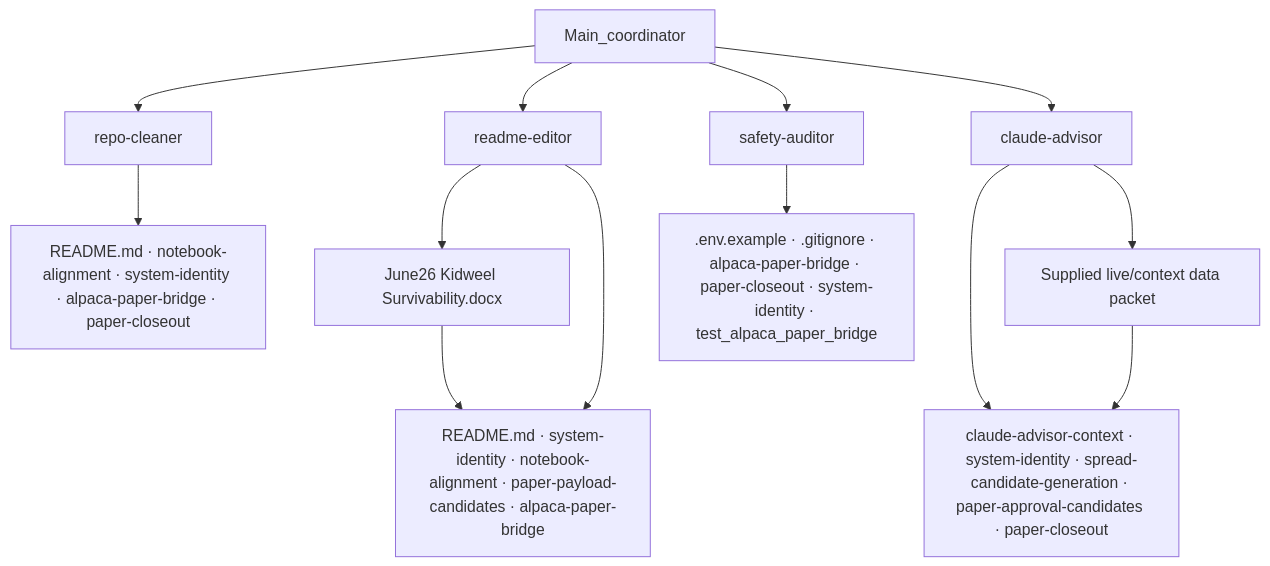
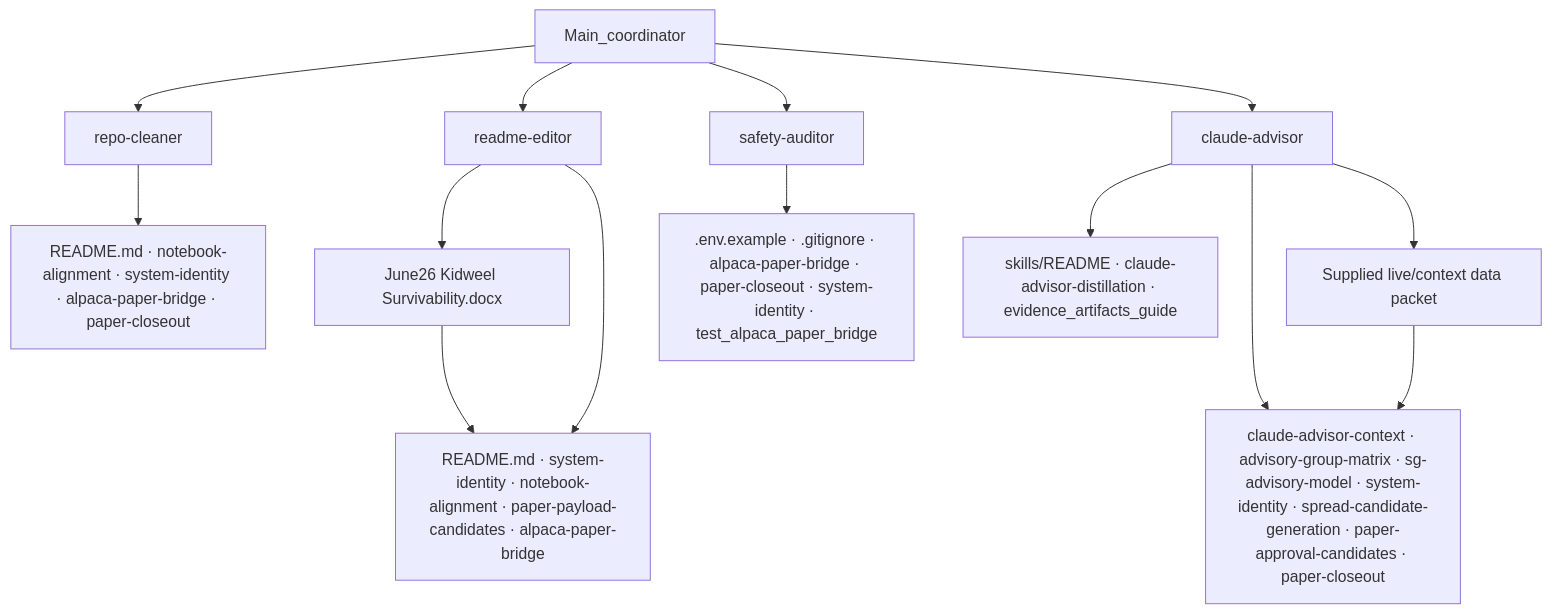
Before and after one commit to VadeOneBX/kidweel-capstone: the diagram in docs/subagency-proof.md, drawn with Mermaid. The commit also changed other lines of this file and 71 other files, not shown here.

````diff
--- a/docs/subagency-proof.md
+++ b/docs/subagency-proof.md
@@ -77,21 +77,22 @@
 ```mermaid
 flowchart TB
   coordinator[Main_coordinator]
 
   coordinator --> repo_cleaner[repo-cleaner]
   coordinator --> readme_editor[readme-editor]
   coordinator --> safety_auditor[safety-auditor]
   coordinator --> claude_advisor[claude-advisor]
 
   repo_cleaner --> rc_refs["README.md · notebook-alignment · system-identity · alpaca-paper-bridge · paper-closeout"]
 
   readme_editor --> re_surv["June26 Kidweel Survivability.docx"]
   readme_editor --> re_refs["README.md · system-identity · notebook-alignment · paper-payload-candidates · alpaca-paper-bridge"]
   re_surv --> re_refs
 
   safety_auditor --> sa_refs[".env.example · .gitignore · alpaca-paper-bridge · paper-closeout · system-identity · test_alpaca_paper_bridge"]
 
-  claude_advisor --> ca_refs["claude-advisor-context · system-identity · spread-candidate-generation · paper-approval-candidates · paper-closeout"]
+  claude_advisor --> ca_skills["skills/README · claude-advisor-distillation · evidence_artifacts_guide"]
+  claude_advisor --> ca_refs["claude-advisor-context · advisory-group-matrix · sg-advisory-model · system-identity · spread-candidate-generation · paper-approval-candidates · paper-closeout"]
   claude_advisor --> ca_live["Supplied live/context data packet"]
   ca_live --> ca_refs
 ```
````
